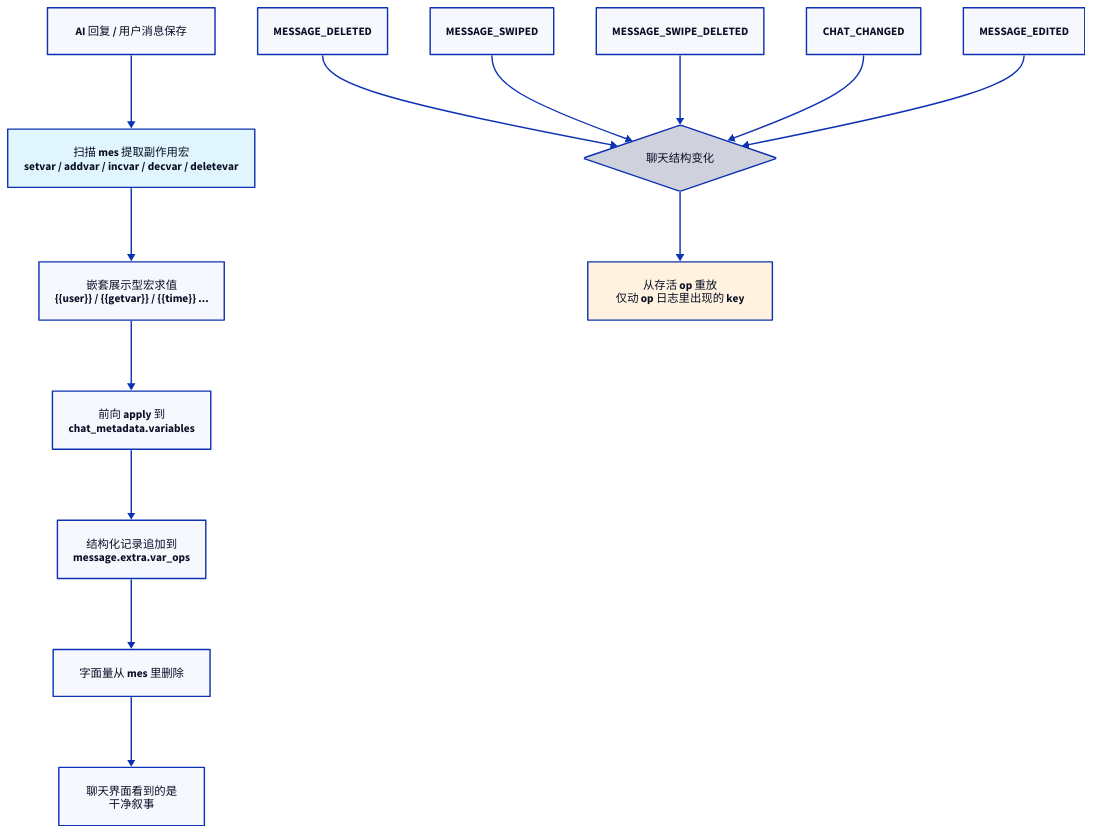
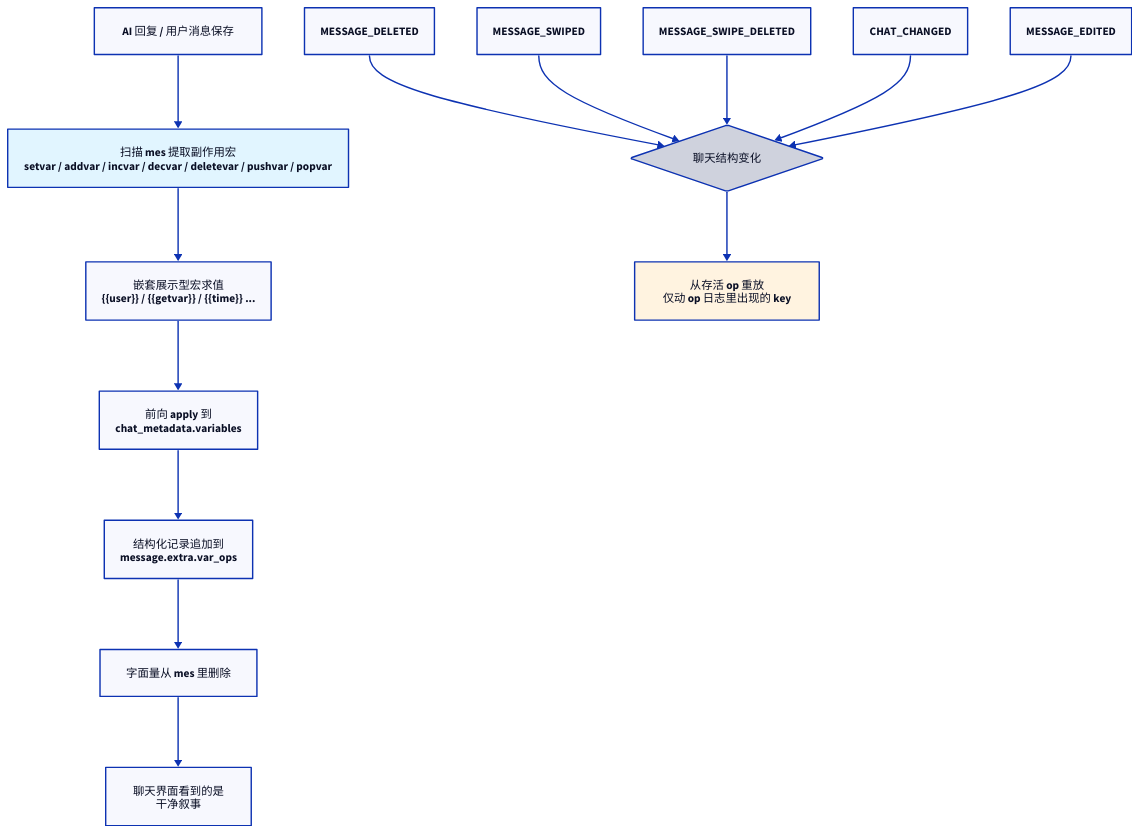
One commit to funnycups/Luker changed the diagram in docs/zh-CN/features/variable-op-log.md. Above: the diagram before and after it, drawn with D2. The commit also changed other lines of this file and 18 other files, not shown here.

````diff
--- a/docs/zh-CN/features/variable-op-log.md
+++ b/docs/zh-CN/features/variable-op-log.md
@@ -13,34 +13,34 @@
 ```d2
 direction: down
 
 AI: "AI 回复 / 用户消息保存"
-EXTRACT: "扫描 mes 提取副作用宏\nsetvar / addvar / incvar / decvar / deletevar" {
+EXTRACT: "扫描 mes 提取副作用宏\nsetvar / addvar / incvar / decvar / deletevar / pushvar / popvar" {
   style.fill: "#e1f5ff"
 }
 EVAL: "嵌套展示型宏求值\n{{user}} / {{getvar}} / {{time}} ..."
 APPLY: "前向 apply 到\nchat_metadata.variables"
 LOG: "结构化记录追加到\nmessage.extra.var_ops"
 CLEAN: "字面量从 mes 里删除"
 DISPLAY: "聊天界面看到的是\n干净叙事"
 
 AI -> EXTRACT -> EVAL -> APPLY -> LOG -> CLEAN -> DISPLAY
 
 REPLAY: "聊天结构变化" {
   shape: diamond
 }
 DEL: "MESSAGE_DELETED"
 SWIPE: "MESSAGE_SWIPED"
 SWIPED: "MESSAGE_SWIPE_DELETED"
 CHANGED: "CHAT_CHANGED"
 EDIT: "MESSAGE_EDITED"
 REBUILD: "从存活 op 重放\n仅动 op 日志里出现的 key" {
   style.fill: "#fff3e0"
 }
 
 DEL -> REPLAY
 SWIPE -> REPLAY
 SWIPED -> REPLAY
 CHANGED -> REPLAY
 EDIT -> REPLAY
 REPLAY -> REBUILD
 ```
````
